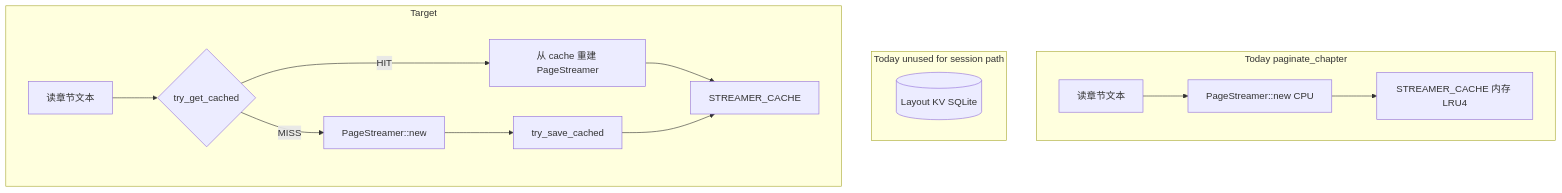
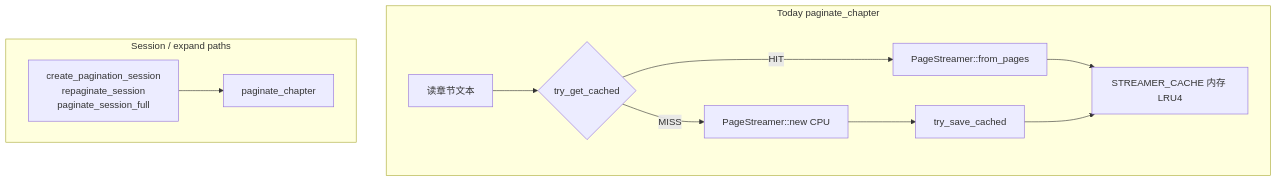
The diagram in doc/planf-layout-kv-cache.md (zephyr-qu/zephyr_reader), drawn with Mermaid before and after one commit. The commit also changed other lines of this file and 30 other files, not shown here.

````diff
--- a/doc/planf-layout-kv-cache.md
+++ b/doc/planf-layout-kv-cache.md
@@ -50,20 +46,15 @@
 ```mermaid
 flowchart TD
-  subgraph today [Today paginate_chapter]
-    ReadText[读章节文本] --> StreamerNew[PageStreamer::new CPU]
-    StreamerNew --> MemCache[STREAMER_CACHE 内存 LRU4]
+  subgraph now [Today paginate_chapter]
+    ReadText[读章节文本] --> TryKV{try_get_cached}
+    TryKV -->|HIT| FromPages[PageStreamer::from_pages]
+    TryKV -->|MISS| StreamerNew[PageStreamer::new CPU]
+    StreamerNew --> SaveKV[try_save_cached]
+    FromPages --> MemCache[STREAMER_CACHE 内存 LRU4]
+    SaveKV --> MemCache
   end
 
-  subgraph unused [Today unused for session path]
-    KV[(Layout KV SQLite)]
-  end
-
-  subgraph target [Target]
-    ReadText2[读章节文本] --> TryKV{try_get_cached}
-    TryKV -->|HIT| RebuildStreamer[从 cache 重建 PageStreamer]
-    TryKV -->|MISS| StreamerNew2[PageStreamer::new]
-    StreamerNew2 --> SaveKV[try_save_cached]
-    RebuildStreamer --> MemCache2[STREAMER_CACHE]
-    SaveKV --> MemCache2
+  subgraph session [Session / expand paths]
+    SessionCall[create_pagination_session<br>repaginate_session<br>paginate_session_full] --> paginate_chapter
   end
 ```
````
